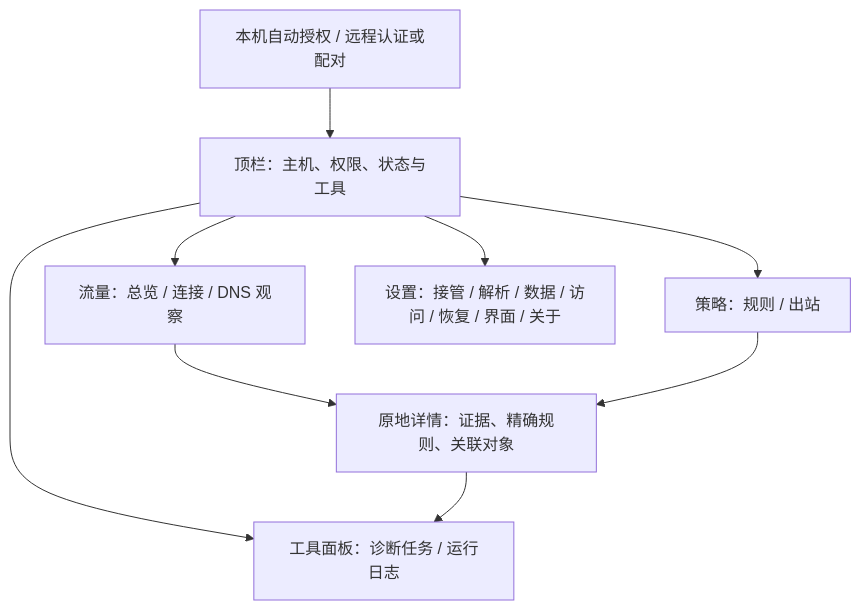
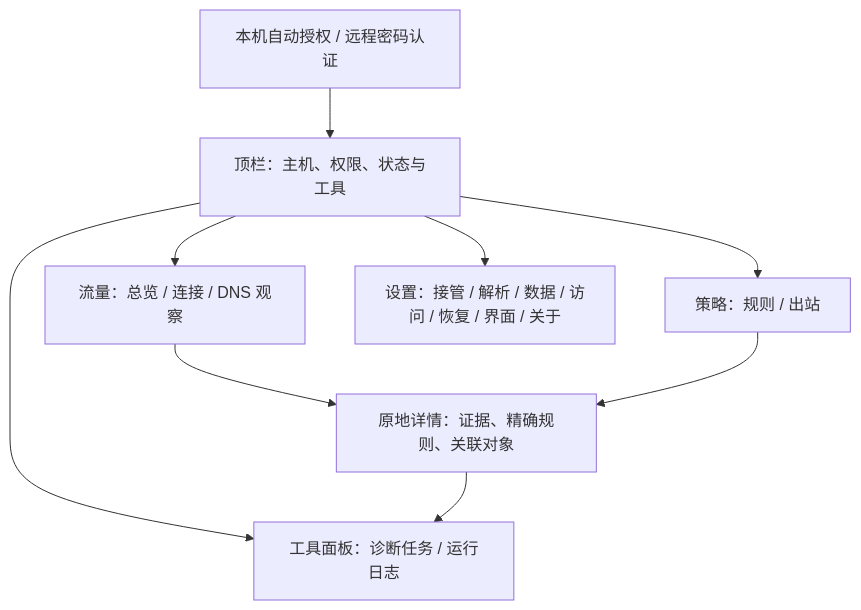
Before and after one commit to xjdrew/kone: the first of 3 diagrams in docs/requirements/web-ui.md, drawn with Mermaid. The commit also changed other lines of this file and 42 other files, not shown here.

````diff
--- a/docs/requirements/web-ui.md
+++ b/docs/requirements/web-ui.md
@@ -21,11 +21,11 @@
 ```mermaid
 flowchart TD
-  A[本机自动授权 / 远程认证或配对] --> B[顶栏：主机、权限、状态与工具]
+  A[本机自动授权 / 远程密码认证] --> B[顶栏：主机、权限、状态与工具]
   B --> F[流量：总览 / 连接 / DNS 观察]
   B --> P[策略：规则 / 出站]
   B --> S[设置：接管 / 解析 / 数据 / 访问 / 恢复 / 界面 / 关于]
   B --> T[工具面板：诊断任务 / 运行日志]
   F --> I[原地详情：证据、精确规则、关联对象]
   P --> I
   I --> T
 ```
````
